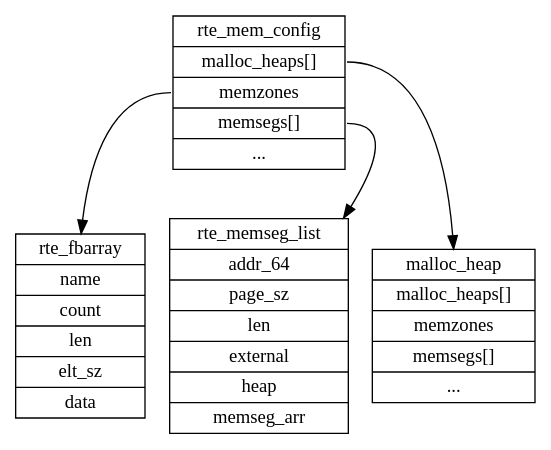
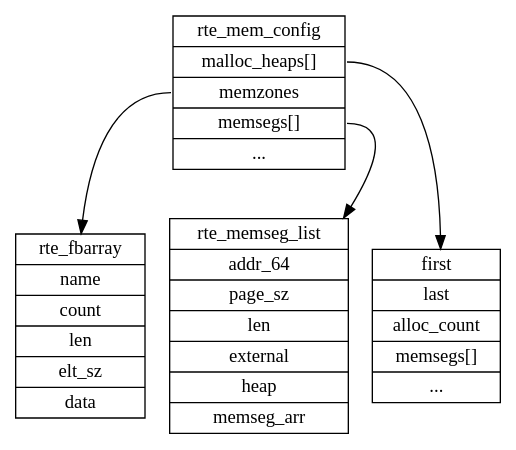
Before and after one commit to sisyphus1212/note: the diagram in dpdk/内存管理.md, drawn with Graphviz. The commit also changed other lines of this file, not shown here.

````diff
--- a/dpdk/内存管理.md
+++ b/dpdk/内存管理.md
@@ -16,50 +16,50 @@
 ```graphviz
 digraph {
 	rte_mem_config[
 		label = "{
 		<f0>rte_mem_config|
         <f1>malloc_heaps[]|
 		<f2>memzones|
 		<f3>memsegs[]|
 		<f4>...
 		}",
 		shape = "record"
 	];
 	rte_fbarray[
 		label = "{
 		rte_fbarray|
         name|
 		count|
 		len|
 		elt_sz|
 		data
 		}",
 		shape = "record"
 	];
 	rte_memseg_list[
 		label = "{
 		<f0>rte_memseg_list|
 		<f1>addr_64|
 		<f2>page_sz|
 		<f3>len|
 		<f4>external|
 		<f5>heap |
 		<f6>memseg_arr
 		}",
 		shape = "record"
 	];
 	malloc_heap[
 		label = "{
-		malloc_heap|
-        malloc_heaps[]|
-		memzones|
+		first|
+        last|
+		alloc_count|
 		memsegs[]|
 		...
 		}",
 		shape = "record"
 	];
 	rte_mem_config:f1 -> malloc_heap
 	rte_mem_config:f2 -> rte_fbarray
 	rte_mem_config:f3 -> rte_memseg_list
 }
 ```
````
